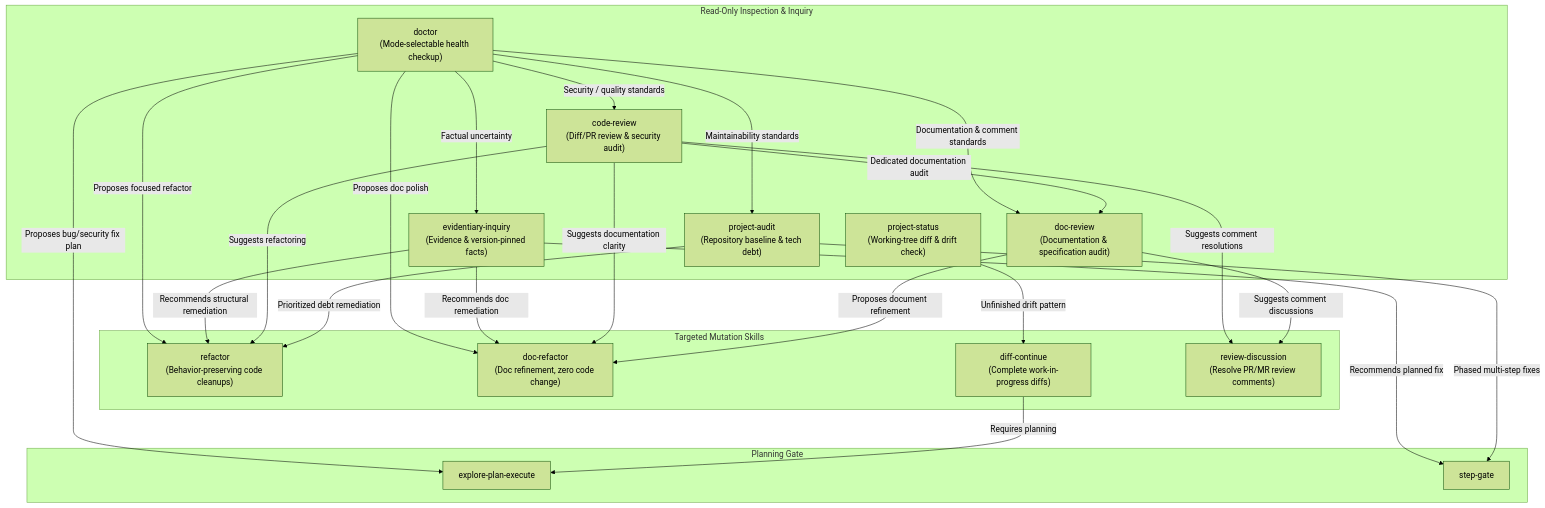
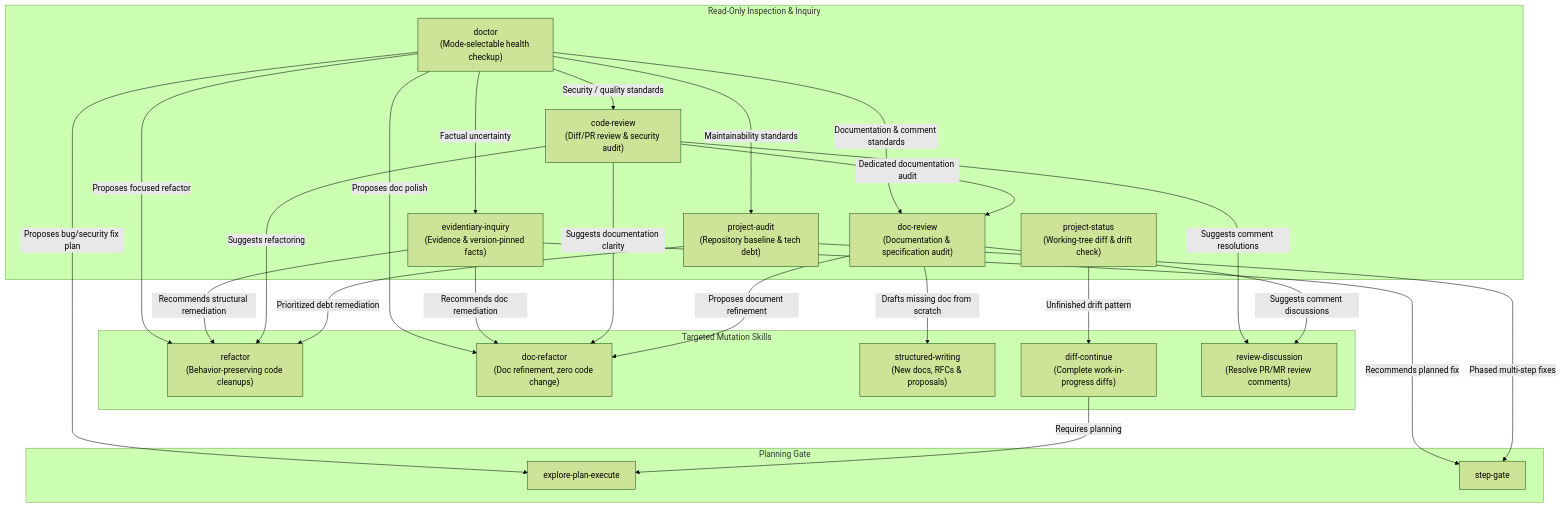
One commit to berquerant/agent-skills changed the third of 5 diagrams in docs/skill-interoperability.md. Above: the diagram before and after it, drawn with Mermaid (forest theme). The commit also changed other lines of this file and 7 other files, not shown here.

First line of the commit message:
feat(skills): add structured-writing skill and framework reference (#24)

````diff
--- a/docs/skill-interoperability.md
+++ b/docs/skill-interoperability.md
@@ -102,50 +102,52 @@
 ```mermaid
 flowchart TD
     subgraph ReadOnlyAudit ["Read-Only Inspection & Inquiry"]
         DOC["doctor<br/>(Mode-selectable health checkup)"]
         EI["evidentiary-inquiry<br/>(Evidence & version-pinned facts)"]
         CR["code-review<br/>(Diff/PR review & security audit)"]
         DCR["doc-review<br/>(Documentation & specification audit)"]
         PA["project-audit<br/>(Repository baseline & tech debt)"]
         PS["project-status<br/>(Working-tree diff & drift check)"]
     end
 
     subgraph RemediationLayer ["Targeted Mutation Skills"]
         RF["refactor<br/>(Behavior-preserving code cleanups)"]
         DR["doc-refactor<br/>(Doc refinement, zero code change)"]
+        SW["structured-writing<br/>(New docs, RFCs & proposals)"]
         DC["diff-continue<br/>(Complete work-in-progress diffs)"]
         RD["review-discussion<br/>(Resolve PR/MR review comments)"]
     end
 
     subgraph PlanningHandoff ["Planning Gate"]
         EPE["explore-plan-execute"]
         SG["step-gate"]
     end
 
     %% Handoffs
     DOC -->|"Factual uncertainty"| EI
     DOC -->|"Security / quality standards"| CR
     DOC -->|"Documentation & comment standards"| DCR
     DOC -->|"Maintainability standards"| PA
     DOC -->|"Proposes bug/security fix plan"| EPE
     DOC -->|"Proposes focused refactor"| RF
     DOC -->|"Proposes doc polish"| DR
 
     EI -->|"Recommends structural remediation"| RF
     EI -->|"Recommends doc remediation"| DR
     EI -->|"Recommends planned fix"| SG
 
     CR -->|"Dedicated documentation audit"| DCR
     CR -->|"Suggests comment resolutions"| RD
     CR -->|"Suggests documentation clarity"| DR
     CR -->|"Suggests refactoring"| RF
 
     DCR -->|"Proposes document refinement"| DR
+    DCR -->|"Drafts missing doc from scratch"| SW
     DCR -->|"Suggests comment discussions"| RD
 
     PA -->|"Prioritized debt remediation"| RF
     PA -->|"Phased multi-step fixes"| SG
 
     PS -->|"Unfinished drift pattern"| DC
     DC -->|"Requires planning"| EPE
 ```
````
